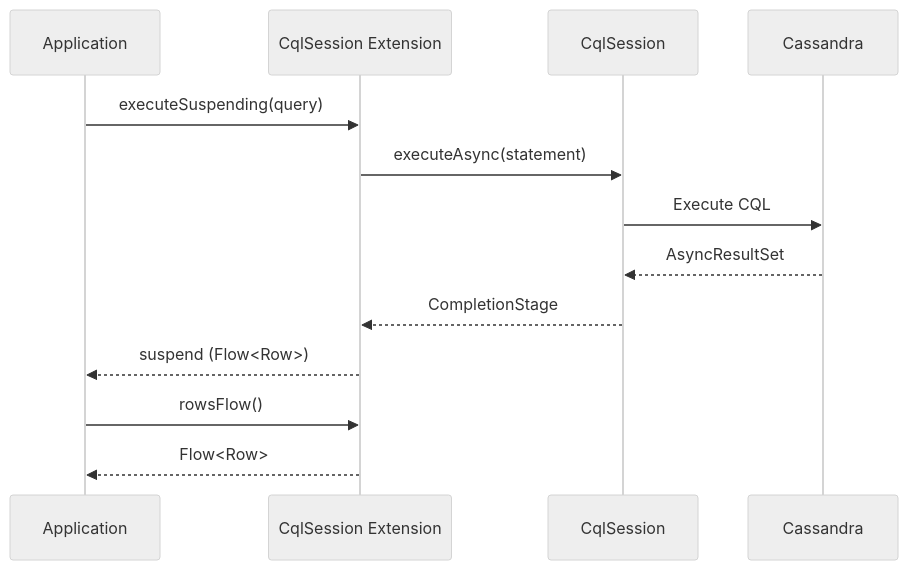
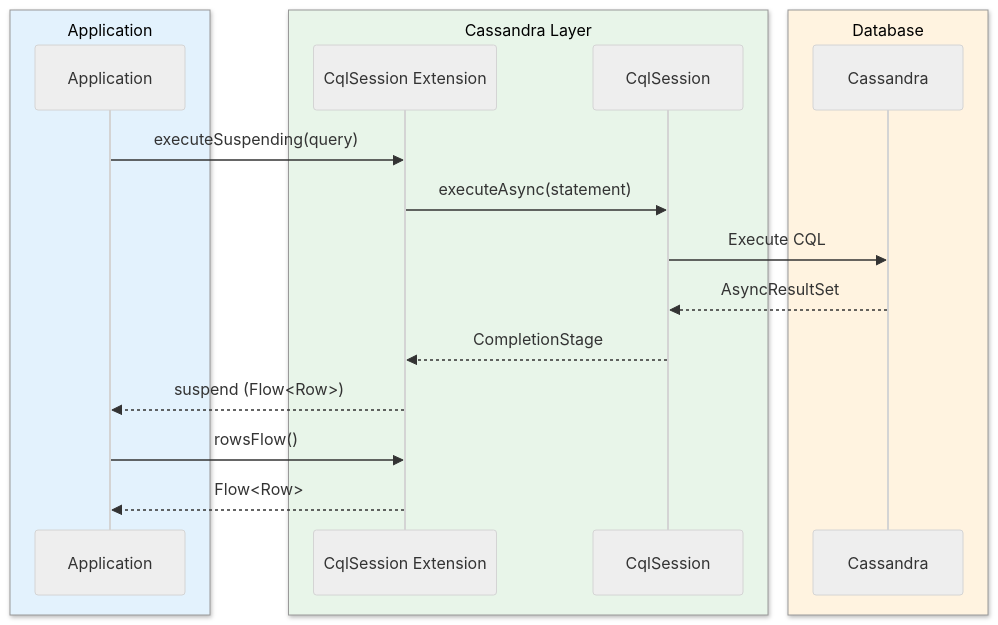
The third of 3 diagrams in data/cassandra/README.md (bluetape4k/bluetape4k-projects), drawn with Mermaid (neutral theme) before and after one commit. The commit also changed other lines of this file and 221 other files, not shown here.

First line of the commit message:
docs: 전체 모듈 README UML 다이어그램 보강 및 색상 업그레이드

````diff
--- a/data/cassandra/README.md
+++ b/data/cassandra/README.md
@@ -421,16 +429,22 @@
 ```mermaid
 sequenceDiagram
-    participant App as Application
-    participant Ext as CqlSession Extension
-    participant Session as CqlSession
-    participant DB as Cassandra
+    box rgb(227, 242, 253) Application
+        participant App as Application
+    end
+    box rgb(232, 245, 233) Cassandra Layer
+        participant Ext as CqlSession Extension
+        participant Session as CqlSession
+    end
+    box rgb(255, 243, 224) Database
+        participant DB as Cassandra
+    end
 
     App->>Ext: executeSuspending(query)
     Ext->>Session: executeAsync(statement)
     Session->>DB: Execute CQL
     DB-->>Session: AsyncResultSet
     Session-->>Ext: CompletionStage
     Ext-->>App: suspend (Flow<Row>)
     App->>Ext: rowsFlow()
     Ext-->>App: Flow<Row>
 ```
````
